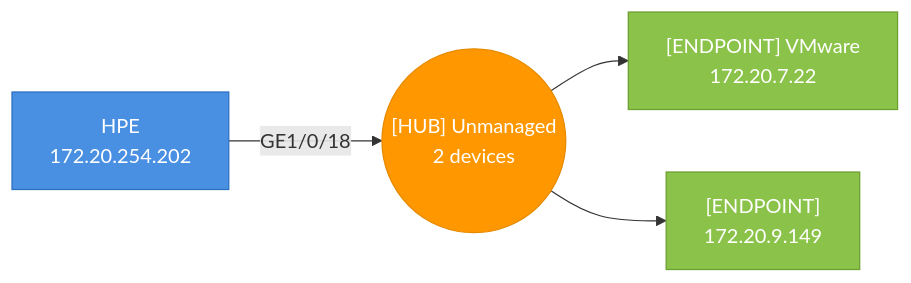
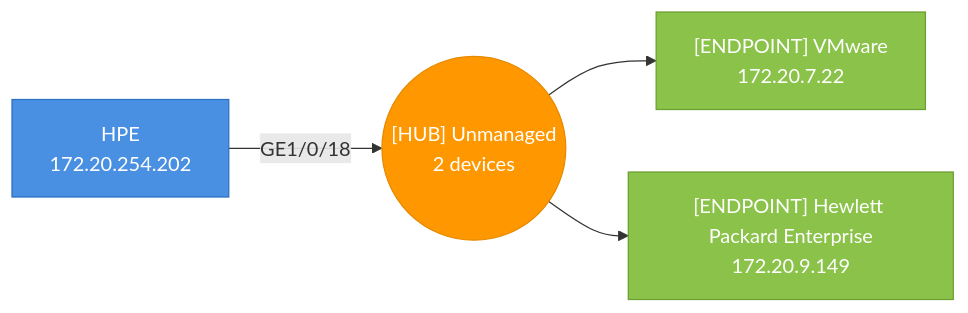
One commit to djamic/LLDP-Skanner-Go changed the eighth of 38 diagrams in testdata/golden/audit_default.md. Above: the diagram before and after it, drawn with Mermaid. The commit also changed other lines of this file and 11 other files, not shown here.

````diff
--- a/testdata/golden/audit_default.md
+++ b/testdata/golden/audit_default.md
@@ -1417,14 +1407,14 @@
 ```mermaid
 graph LR
   hub_4caea38deec9_p18(("[HUB] Unmanaged<br>2 devices"))
   4caea38deec9["HPE<br>172.20.254.202"]
   4caea38deec9-- "GE1/0/18" -->hub_4caea38deec9_p18
   style 4caea38deec9 fill:#4A90E2,stroke:#2A6FC2,color:#fff
   000c292dde3c["[ENDPOINT] VMware<br>172.20.7.22"]
   hub_4caea38deec9_p18-->000c292dde3c
   style 000c292dde3c fill:#8BC34A,stroke:#6B9F30,color:#fff
-  08f1ea8d264e["[ENDPOINT]<br>172.20.9.149"]
+  08f1ea8d264e["[ENDPOINT] Hewlett Packard Enterprise<br>172.20.9.149"]
   hub_4caea38deec9_p18-->08f1ea8d264e
   style 08f1ea8d264e fill:#8BC34A,stroke:#6B9F30,color:#fff
   style hub_4caea38deec9_p18 fill:#FF9800,stroke:#E68A00,color:#fff
 ```
````
